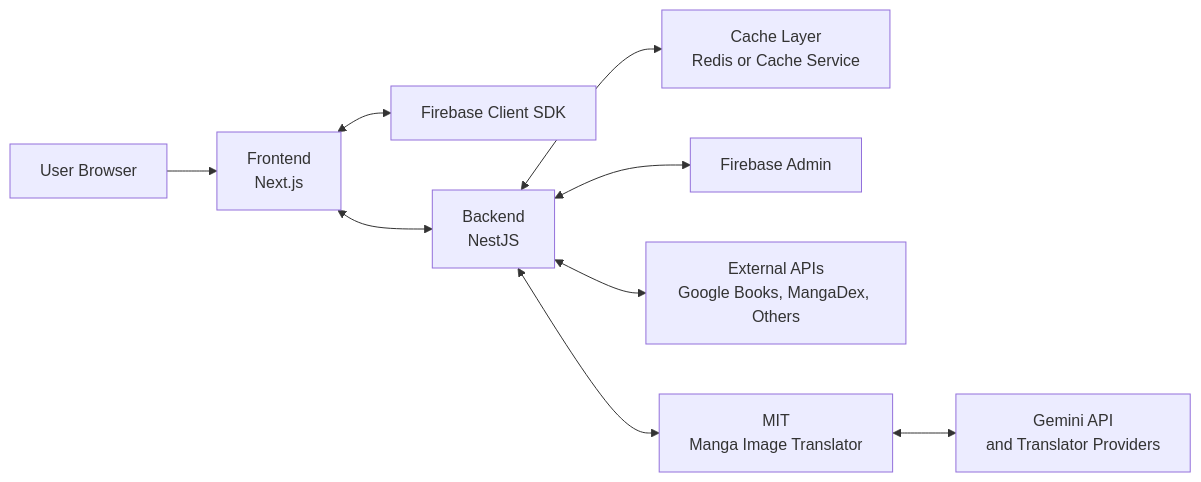
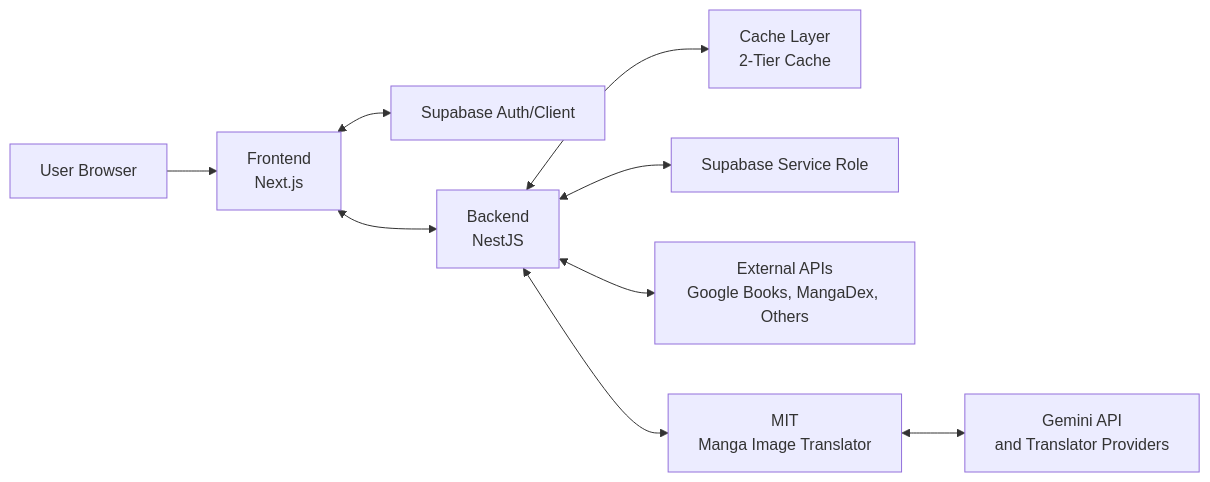
One commit to Slow-Inc/MangaDock changed the diagram in Documents/SYSTEM_ARCHITECTURE_OVERVIEW.md. Above: the diagram before and after it, drawn with Mermaid. The commit also changed other lines of this file and 54 other files, not shown here.

````diff
--- a/Documents/SYSTEM_ARCHITECTURE_OVERVIEW.md
+++ b/Documents/SYSTEM_ARCHITECTURE_OVERVIEW.md
@@ -15,21 +15,21 @@
 ```mermaid
 flowchart LR
   U[User Browser]
   FE[Frontend\nNext.js]
-  FC[Firebase Client SDK]
+  SC[Supabase Auth/Client]
   BE[Backend\nNestJS]
-  CA[Cache Layer\nRedis or Cache Service]
-  FA[Firebase Admin]
+  CA[Cache Layer\n2-Tier Cache]
+  SS[Supabase Service Role]
   EXT[External APIs\nGoogle Books, MangaDex, Others]
   MIT[MIT\nManga Image Translator]
   GM[Gemini API\nand Translator Providers]
 
   U --> FE
   FE <--> BE
-  FE <--> FC
+  FE <--> SC
   BE <--> CA
-  BE <--> FA
+  BE <--> SS
   BE <--> EXT
   BE <--> MIT
   MIT <--> GM
 ```
````
